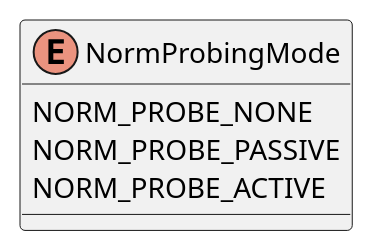
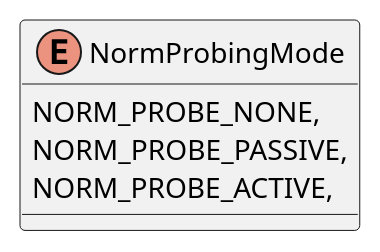
Before and after one commit to USNavalResearchLaboratory/norm: the diagram in src/dotnet/design/Mil/Navy/Nrl/Norm/Enums/NormProbingMode.puml, drawn with PlantUML. The commit also changed 34 other files, not shown here.

```diff
--- a/src/dotnet/design/Mil/Navy/Nrl/Norm/Enums/NormProbingMode.puml
+++ b/src/dotnet/design/Mil/Navy/Nrl/Norm/Enums/NormProbingMode.puml
@@ -1,7 +1,7 @@
 @startuml
 enum NormProbingMode {
-    NORM_PROBE_NONE
-    NORM_PROBE_PASSIVE
-    NORM_PROBE_ACTIVE
+    NORM_PROBE_NONE,
+    NORM_PROBE_PASSIVE,
+    NORM_PROBE_ACTIVE,
 }
 @enduml
```
